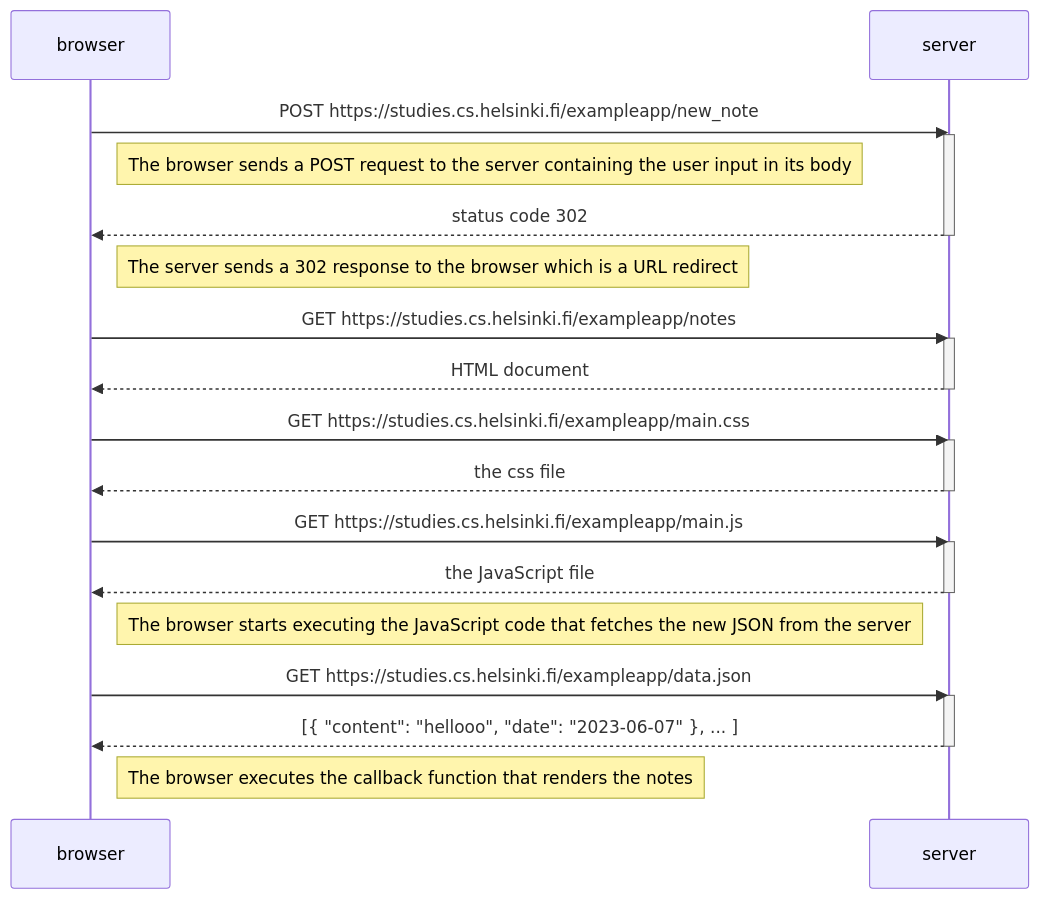
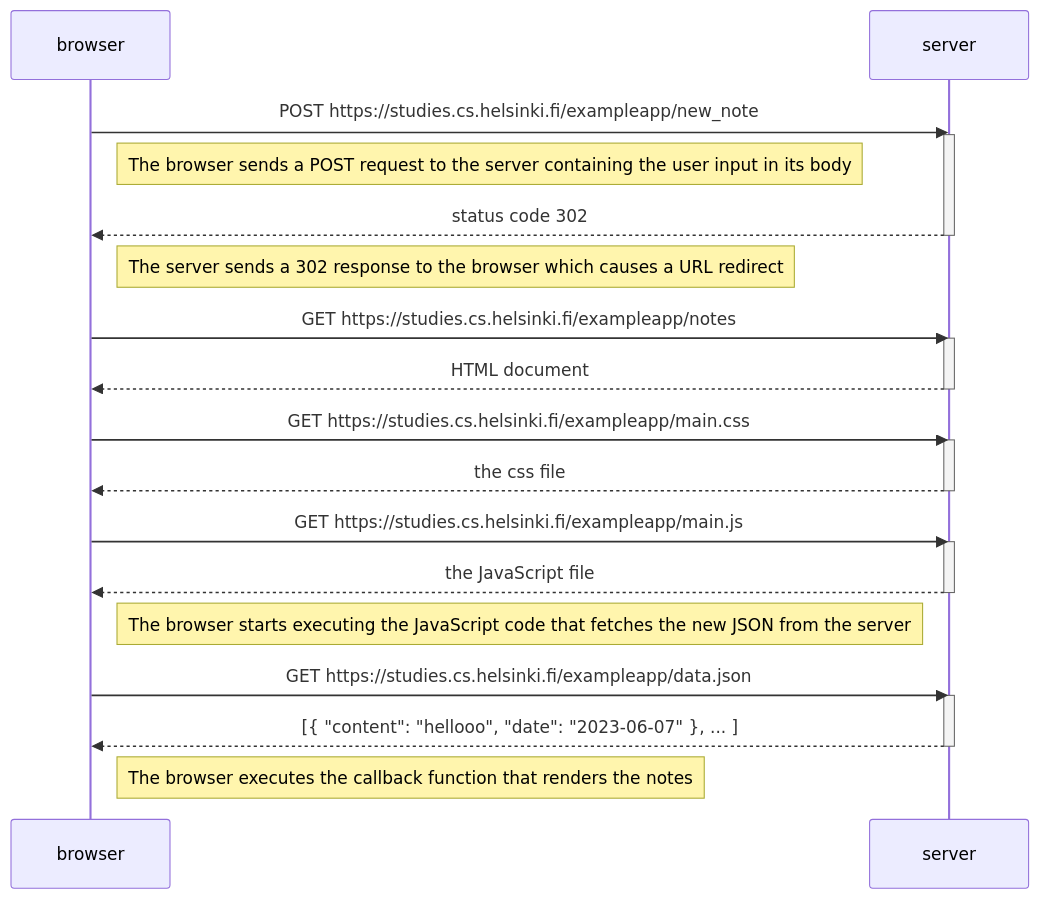
One commit to DaliGuerfali/fsPart0 changed the diagram in newNoteDiagram.md. Above: the diagram before and after it, drawn with Mermaid. The commit also changed 2 other files, not shown here.

````diff
--- a/newNoteDiagram.md
+++ b/newNoteDiagram.md
@@ -1,39 +1,40 @@
 ```mermaid
 sequenceDiagram
+    #exercice 0.4
     participant browser
     participant server
 
     browser->>server: POST https://studies.cs.helsinki.fi/exampleapp/new_note
     activate server
 
     Note right of browser: The browser sends a POST request to the server containing the user input in its body
 
     server-->>browser: status code 302
     deactivate server
 
-    Note right of browser: The server sends a 302 response to the browser which is a URL redirect
+    Note right of browser: The server sends a 302 response to the browser which causes a URL redirect
 
     browser->>server: GET https://studies.cs.helsinki.fi/exampleapp/notes
     activate server
     server-->>browser: HTML document
     deactivate server
 
     browser->>server: GET https://studies.cs.helsinki.fi/exampleapp/main.css
     activate server
     server-->>browser: the css file
     deactivate server
 
     browser->>server: GET https://studies.cs.helsinki.fi/exampleapp/main.js
     activate server
     server-->>browser: the JavaScript file
     deactivate server
 
     Note right of browser: The browser starts executing the JavaScript code that fetches the new JSON from the server
 
     browser->>server: GET https://studies.cs.helsinki.fi/exampleapp/data.json
     activate server
     server-->>browser: [{ "content": "hellooo", "date": "2023-06-07" }, ... ]
     deactivate server
 
     Note right of browser: The browser executes the callback function that renders the notes
 ```
````
